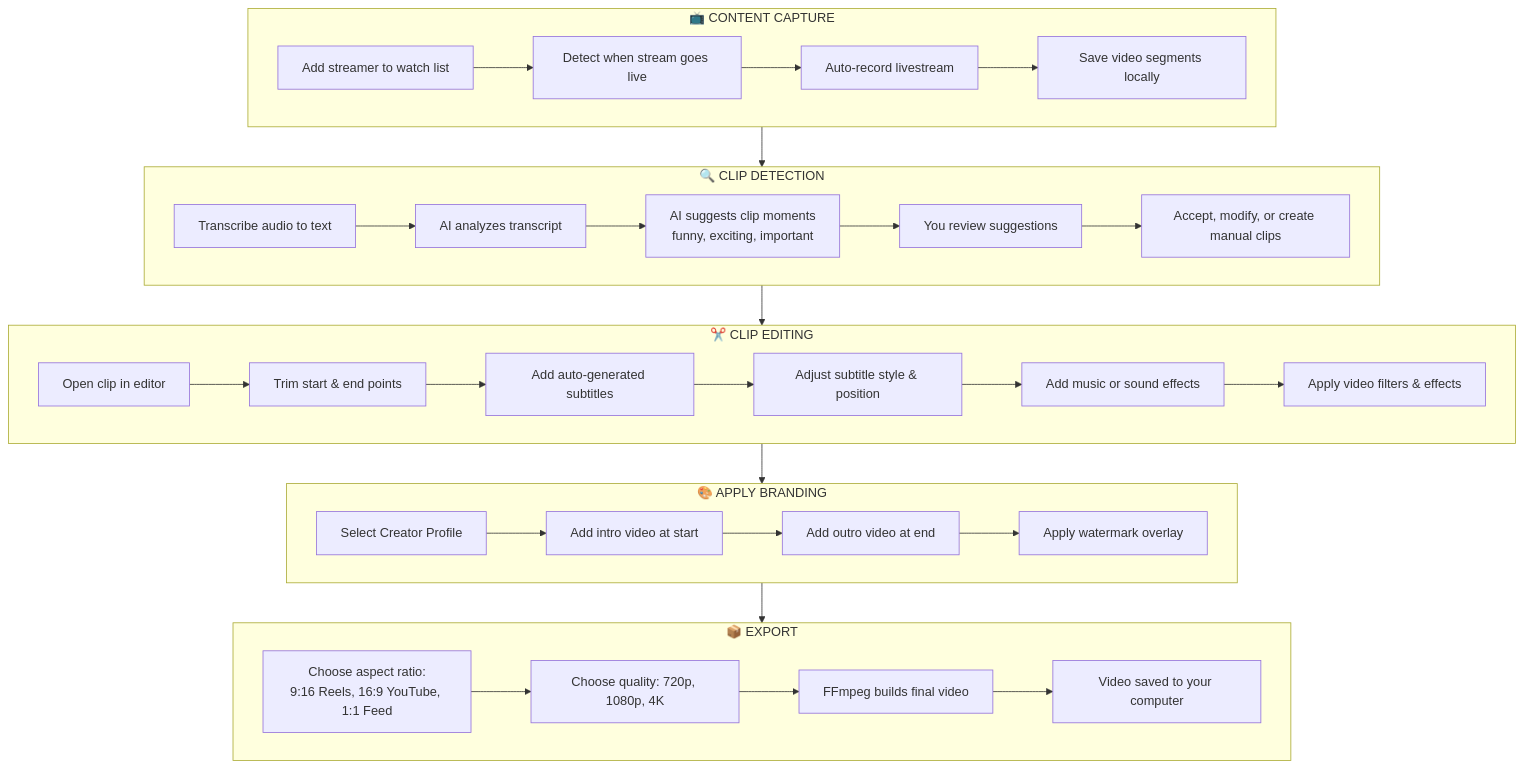
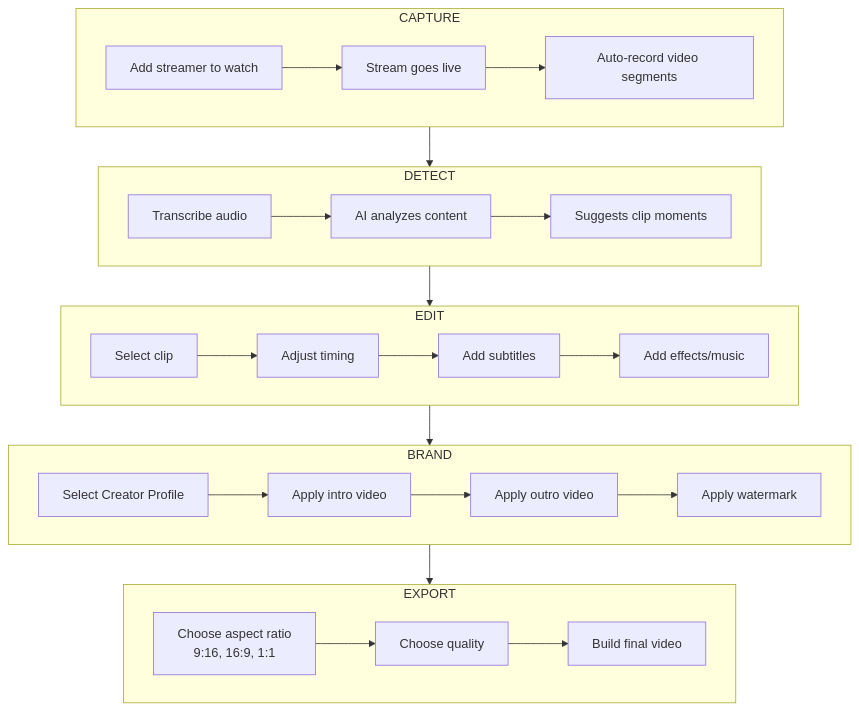
One commit to snowdamiz/clippster-mono changed the seventh of 13 diagrams in INSTAGRAM_COMPLETE_FLOW_CHART.md. Above: the diagram before and after it, drawn with Mermaid. The commit also changed other lines of this file, not shown here.

````diff
--- a/INSTAGRAM_COMPLETE_FLOW_CHART.md
+++ b/INSTAGRAM_COMPLETE_FLOW_CHART.md
@@ -167,37 +157,31 @@
 ```mermaid
 flowchart TB
-    subgraph capture [" 📺 CONTENT CAPTURE "]
-        A1[Add streamer to watch list] --> A2[Detect when stream goes live]
-        A2 --> A3[Auto-record livestream]
-        A3 --> A4[Save video segments locally]
+    subgraph capture [" CAPTURE "]
+        A1[Add streamer to watch] --> A2[Stream goes live]
+        A2 --> A3[Auto-record video segments]
     end
 
-    subgraph detect [" 🔍 CLIP DETECTION "]
-        B1[Transcribe audio to text] --> B2[AI analyzes transcript]
-        B2 --> B3[AI suggests clip moments<br/>funny, exciting, important]
-        B3 --> B4[You review suggestions]
-        B4 --> B5[Accept, modify, or create manual clips]
+    subgraph detect [" DETECT "]
+        B1[Transcribe audio] --> B2[AI analyzes content]
+        B2 --> B3[Suggests clip moments]
     end
 
-    subgraph edit [" ✂️ CLIP EDITING "]
-        C1[Open clip in editor] --> C2[Trim start & end points]
-        C2 --> C3[Add auto-generated subtitles]
-        C3 --> C4[Adjust subtitle style & position]
-        C4 --> C5[Add music or sound effects]
-        C5 --> C6[Apply video filters & effects]
+    subgraph edit [" EDIT "]
+        C1[Select clip] --> C2[Adjust timing]
+        C2 --> C3[Add subtitles]
+        C3 --> C4[Add effects/music]
     end
 
-    subgraph brand [" 🎨 APPLY BRANDING "]
-        D1[Select Creator Profile] --> D2[Add intro video at start]
-        D2 --> D3[Add outro video at end]
-        D3 --> D4[Apply watermark overlay]
+    subgraph brand [" BRAND "]
+        D1[Select Creator Profile] --> D2[Apply intro video]
+        D2 --> D3[Apply outro video]
+        D3 --> D4[Apply watermark]
     end
 
-    subgraph export [" 📦 EXPORT "]
-        E1[Choose aspect ratio:<br/>9:16 Reels, 16:9 YouTube, 1:1 Feed] --> E2[Choose quality: 720p, 1080p, 4K]
-        E2 --> E3[FFmpeg builds final video]
-        E3 --> E4[Video saved to your computer]
+    subgraph export [" EXPORT "]
+        E1[Choose aspect ratio<br/>9:16, 16:9, 1:1] --> E2[Choose quality]
+        E2 --> E3[Build final video]
     end
 
     capture --> detect --> edit --> brand --> export
 ```
````
